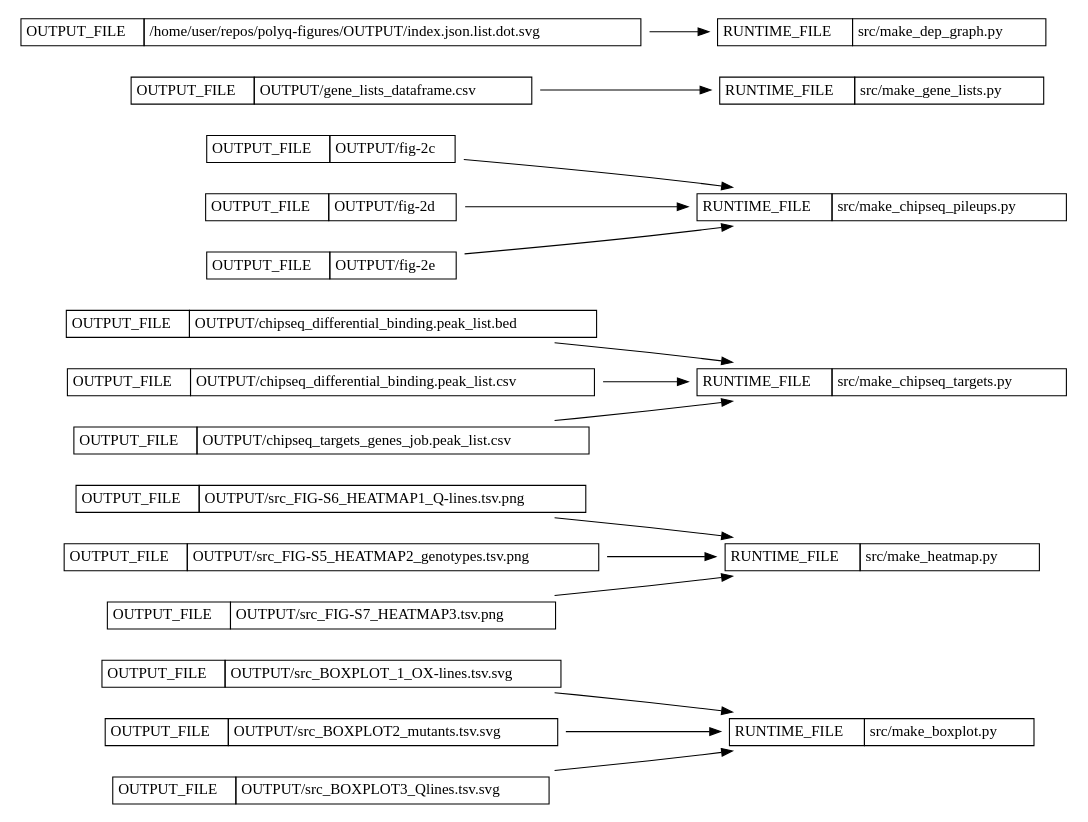
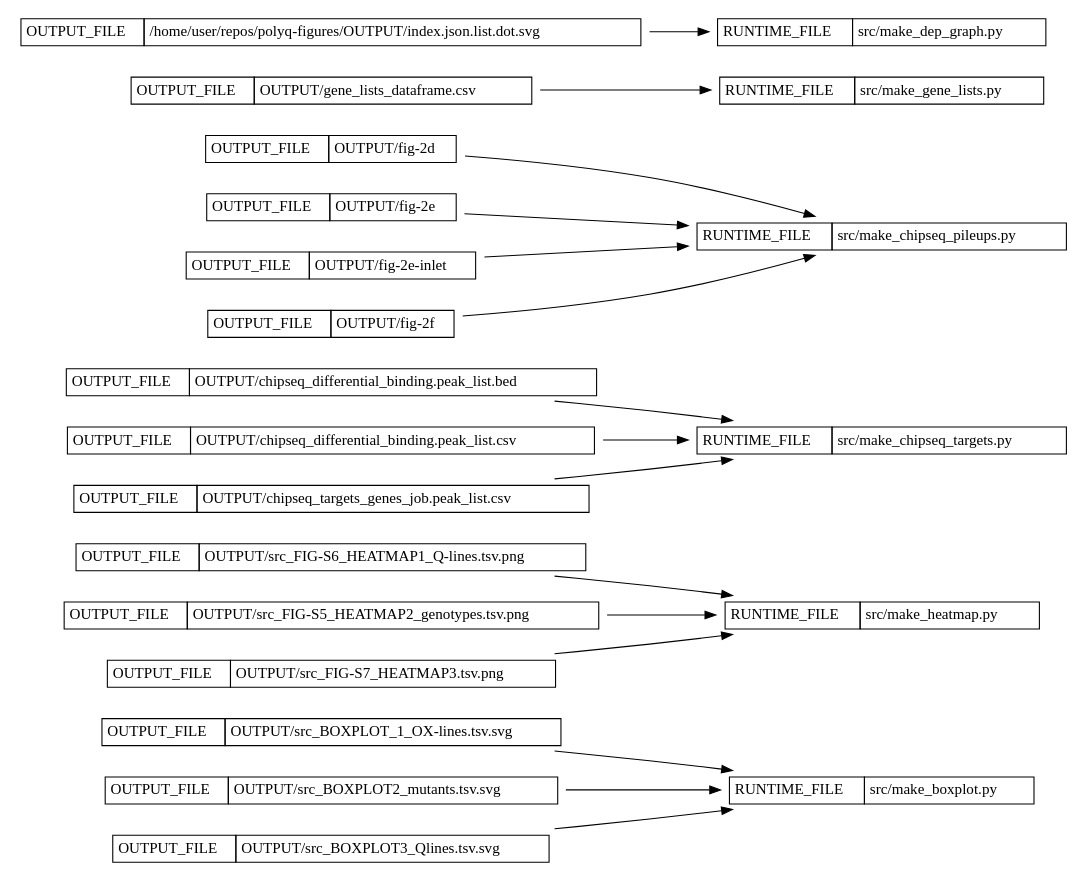
Before and after one commit to shouldsee/polyq-figures: the diagram in docs/index.json.list.dot, drawn with Graphviz. The commit also changed 66 other files, not shown here.

Commit message:
- 20200715: reindexed pileup figures. added "fig2e-inlet"

```diff
--- a/docs/index.json.list.dot
+++ b/docs/index.json.list.dot
@@ -10,9 +10,10 @@
 	"OUTPUT/chipseq_differential_binding.peak_list.bed" -> "src/make_chipseq_targets.py"
 	"OUTPUT/chipseq_differential_binding.peak_list.csv" -> "src/make_chipseq_targets.py"
 	"OUTPUT/chipseq_targets_genes_job.peak_list.csv" -> "src/make_chipseq_targets.py"
-	"OUTPUT/fig-2c" -> "src/make_chipseq_pileups.py"
 	"OUTPUT/fig-2d" -> "src/make_chipseq_pileups.py"
 	"OUTPUT/fig-2e" -> "src/make_chipseq_pileups.py"
+	"OUTPUT/fig-2e-inlet" -> "src/make_chipseq_pileups.py"
+	"OUTPUT/fig-2f" -> "src/make_chipseq_pileups.py"
 	"OUTPUT/gene_lists_dataframe.csv" -> "src/make_gene_lists.py"
 	"/home/user/repos/polyq-figures/OUTPUT/index.json.list.dot.svg" -> "src/make_dep_graph.py"
 	subgraph right {
@@ -70,6 +71,12 @@
       <TD PORT="RUNTIME_FILE" >RUNTIME_FILE</TD>
       <TD PORT="src/make_chipseq_targets.py" >src/make_chipseq_targets.py</TD>  </TR>
     </TABLE>> href="src/make_chipseq_targets.py"]
+		"src/make_chipseq_pileups.py" [label=<
+    <TABLE BORDER="0" CELLBORDER="1" CELLSPACING="0" CELLPADDING="4">
+      <TR>
+      <TD PORT="RUNTIME_FILE" >RUNTIME_FILE</TD>
+      <TD PORT="src/make_chipseq_pileups.py" >src/make_chipseq_pileups.py</TD>  </TR>
+    </TABLE>> href="src/make_chipseq_pileups.py"]
 		"src/make_chipseq_pileups.py" [label=<
     <TABLE BORDER="0" CELLBORDER="1" CELLSPACING="0" CELLPADDING="4">
       <TR>
@@ -156,12 +163,6 @@
       <TD PORT="OUTPUT_FILE" >OUTPUT_FILE</TD>
       <TD PORT="OUTPUT/chipseq_targets_genes_job.peak_list.csv" >OUTPUT/chipseq_targets_genes_job.peak_list.csv</TD>  </TR>
     </TABLE>> href="OUTPUT/chipseq_targets_genes_job.peak_list.csv"]
-		"OUTPUT/fig-2c" [label=<
-    <TABLE BORDER="0" CELLBORDER="1" CELLSPACING="0" CELLPADDING="4">
-      <TR>
-      <TD PORT="OUTPUT_FILE" >OUTPUT_FILE</TD>
-      <TD PORT="OUTPUT/fig-2c" >OUTPUT/fig-2c</TD>  </TR>
-    </TABLE>> href="OUTPUT/fig-2c"]
 		"OUTPUT/fig-2d" [label=<
     <TABLE BORDER="0" CELLBORDER="1" CELLSPACING="0" CELLPADDING="4">
       <TR>
@@ -174,6 +175,18 @@
       <TD PORT="OUTPUT_FILE" >OUTPUT_FILE</TD>
       <TD PORT="OUTPUT/fig-2e" >OUTPUT/fig-2e</TD>  </TR>
     </TABLE>> href="OUTPUT/fig-2e"]
+		"OUTPUT/fig-2e-inlet" [label=<
+    <TABLE BORDER="0" CELLBORDER="1" CELLSPACING="0" CELLPADDING="4">
+      <TR>
+      <TD PORT="OUTPUT_FILE" >OUTPUT_FILE</TD>
+      <TD PORT="OUTPUT/fig-2e-inlet" >OUTPUT/fig-2e-inlet</TD>  </TR>
+    </TABLE>> href="OUTPUT/fig-2e-inlet"]
+		"OUTPUT/fig-2f" [label=<
+    <TABLE BORDER="0" CELLBORDER="1" CELLSPACING="0" CELLPADDING="4">
+      <TR>
+      <TD PORT="OUTPUT_FILE" >OUTPUT_FILE</TD>
+      <TD PORT="OUTPUT/fig-2f" >OUTPUT/fig-2f</TD>  </TR>
+    </TABLE>> href="OUTPUT/fig-2f"]
 		"OUTPUT/gene_lists_dataframe.csv" [label=<
     <TABLE BORDER="0" CELLBORDER="1" CELLSPACING="0" CELLPADDING="4">
       <TR>
```
